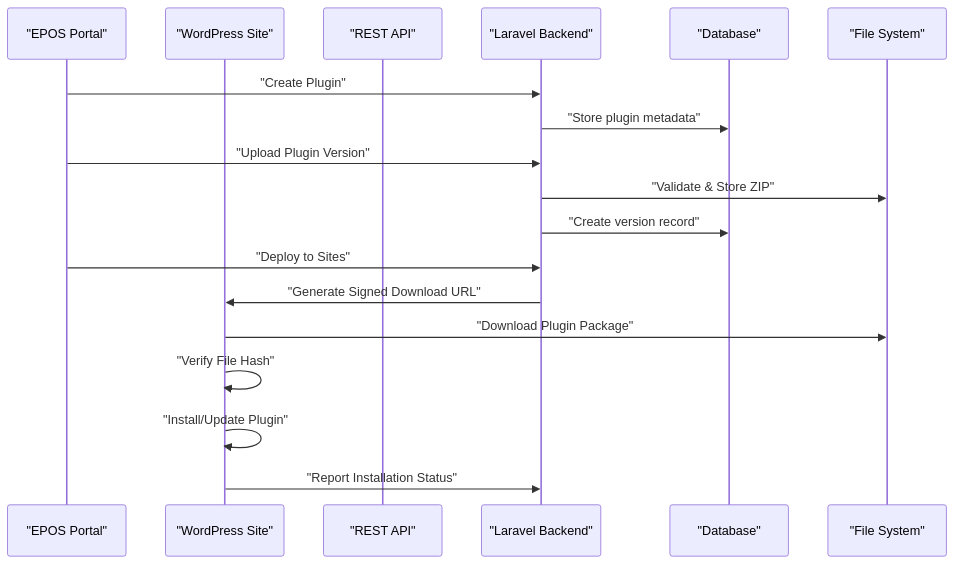
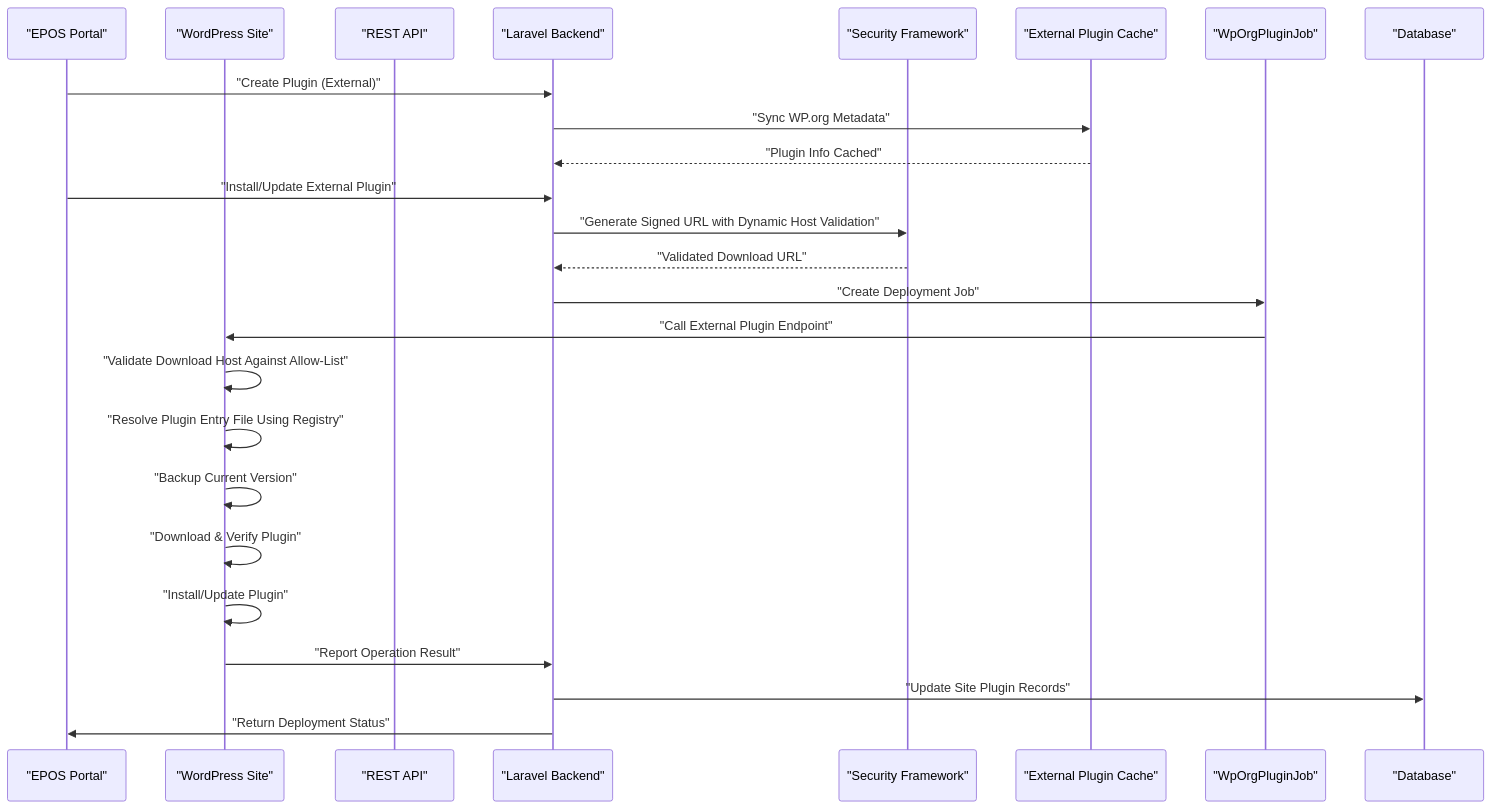
The second of 7 diagrams in .qoder/repowiki/en/content/WordPress Agent Integration/Plugin Management System.md (FCS-WP/website_portal), drawn with Mermaid before and after one commit. The commit also changed other lines of this file and 30 other files, not shown here.

````diff
--- a/.qoder/repowiki/en/content/WordPress Agent Integration/Plugin Management System.md
+++ b/.qoder/repowiki/en/content/WordPress Agent Integration/Plugin Management System.md
@@ -166,20 +212,27 @@
 ```mermaid
 sequenceDiagram
 participant Portal as "EPOS Portal"
 participant WP as "WordPress Site"
 participant API as "REST API"
 participant Backend as "Laravel Backend"
+participant Security as "Security Framework"
+participant Cache as "External Plugin Cache"
+participant Job as "WpOrgPluginJob"
 participant DB as "Database"
-participant FS as "File System"
-Portal->>Backend : "Create Plugin"
-Backend->>DB : "Store plugin metadata"
-Portal->>Backend : "Upload Plugin Version"
-Backend->>FS : "Validate & Store ZIP"
-Backend->>DB : "Create version record"
-Portal->>Backend : "Deploy to Sites"
-Backend->>WP : "Generate Signed Download URL"
-WP->>FS : "Download Plugin Package"
-WP->>WP : "Verify File Hash"
+Portal->>Backend : "Create Plugin (External)"
+Backend->>Cache : "Sync WP.org Metadata"
+Cache-->>Backend : "Plugin Info Cached"
+Portal->>Backend : "Install/Update External Plugin"
+Backend->>Security : "Generate Signed URL with Dynamic Host Validation"
+Security-->>Backend : "Validated Download URL"
+Backend->>Job : "Create Deployment Job"
+Job->>WP : "Call External Plugin Endpoint"
+WP->>WP : "Validate Download Host Against Allow-List"
+WP->>WP : "Resolve Plugin Entry File Using Registry"
+WP->>WP : "Backup Current Version"
+WP->>WP : "Download & Verify Plugin"
 WP->>WP : "Install/Update Plugin"
-WP->>Backend : "Report Installation Status"
+WP->>Backend : "Report Operation Result"
+Backend->>DB : "Update Site Plugin Records"
+Backend->>Portal : "Return Deployment Status"
 ```
````
